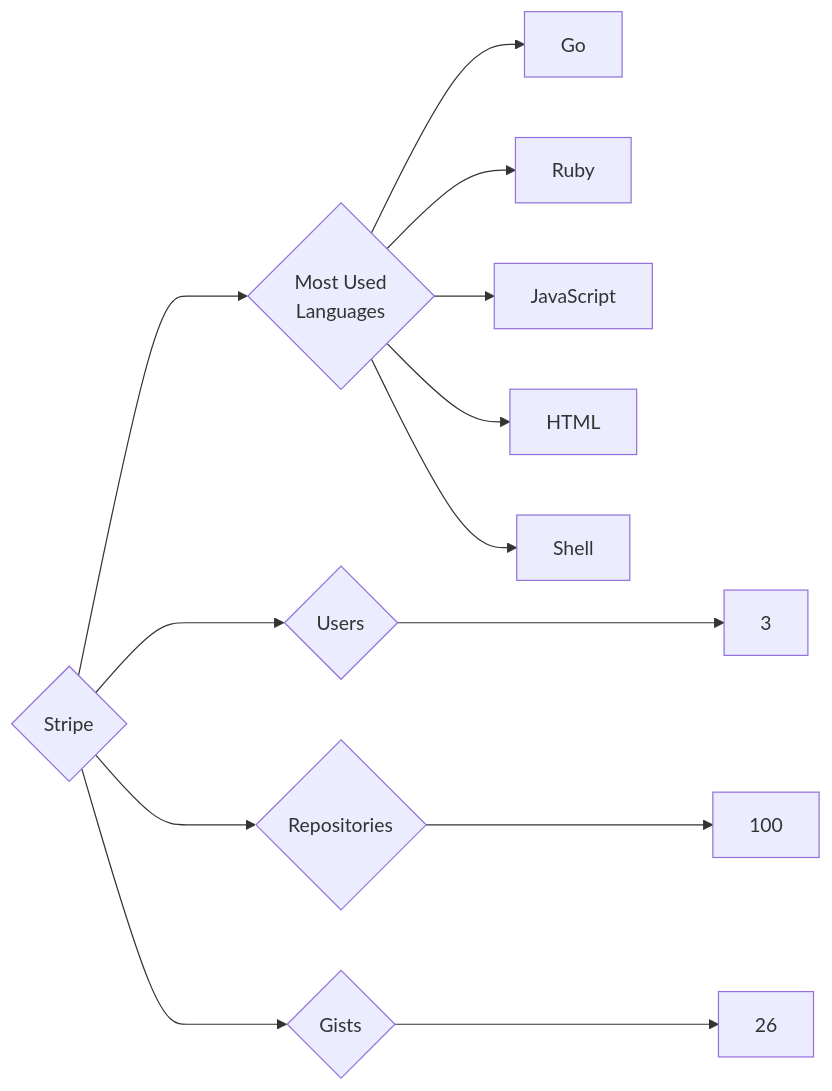
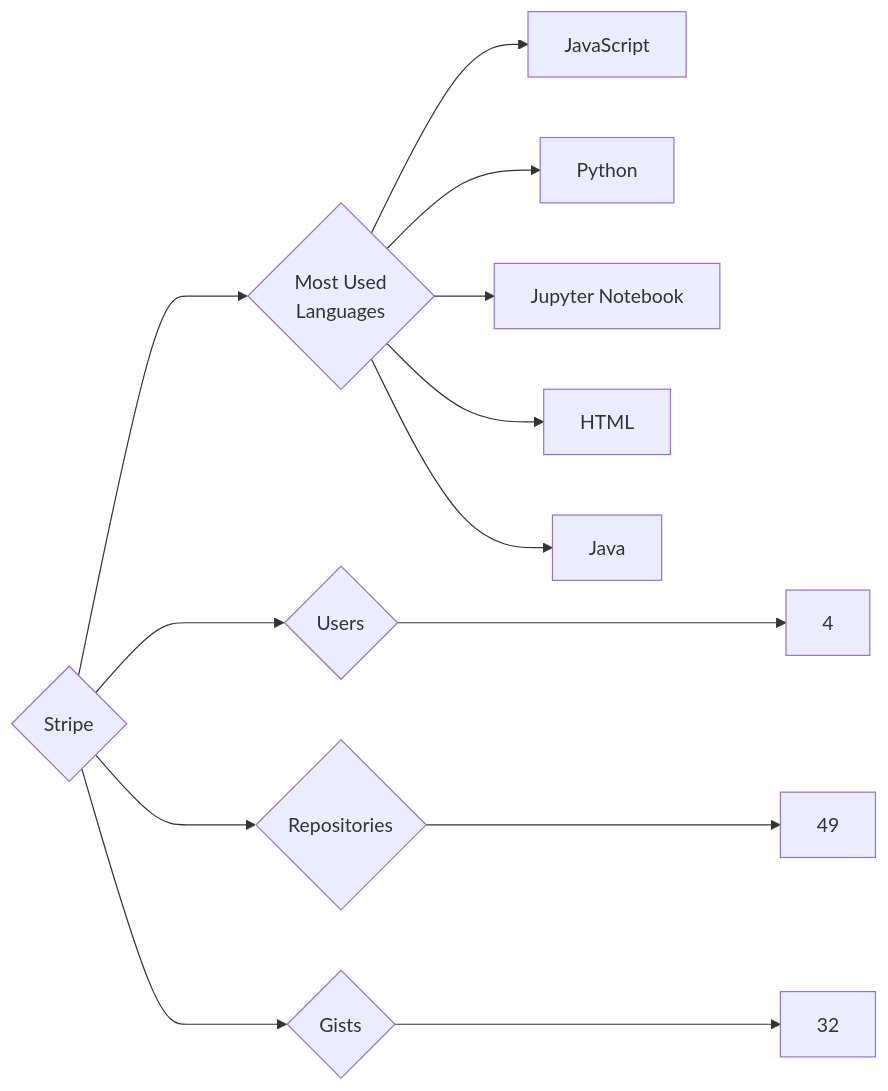
Before and after one commit to trickest/insiders: the diagram in targets/Stripe/README.md, drawn with Mermaid. The commit also changed 928 other files, not shown here.

````diff
--- a/targets/Stripe/README.md
+++ b/targets/Stripe/README.md
@@ -3,13 +3,13 @@
 ```mermaid
 graph LR
 COMPANY_NAME{Stripe}
-COMPANY_NAME ---> U{Users} ---> UN[3]
-COMPANY_NAME ---> R{Repositories} ---> RN[100]
-COMPANY_NAME ---> G{Gists} ---> GN[26]
+COMPANY_NAME ---> U{Users} ---> UN[4]
+COMPANY_NAME ---> R{Repositories} ---> RN[49]
+COMPANY_NAME ---> G{Gists} ---> GN[32]
 COMPANY_NAME ---> ML{Most Used<br>Languages}
-ML --> Go[Go]
-ML --> Ruby[Ruby]
 ML --> JavaScript[JavaScript]
+ML --> Python[Python]
+ML --> Jupyter_Notebook[Jupyter Notebook]
 ML --> HTML[HTML]
-ML --> Shell[Shell]
+ML --> Java[Java]
 ```
````
